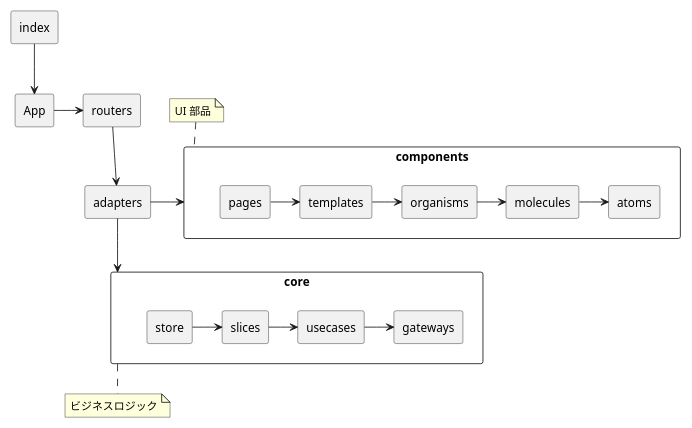
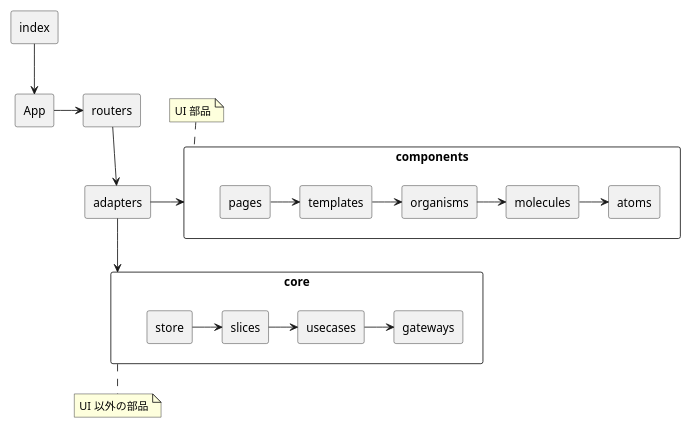
Before and after one commit to yamagame/react-typescript-starter-app: the second of 2 diagrams in docs/diagrams/src/architecture.plantuml, drawn with PlantUML. The commit also changed other lines of this file and 16 other files, not shown here.

```diff
--- a/docs/diagrams/src/architecture.plantuml
+++ b/docs/diagrams/src/architecture.plantuml
@@ -27,52 +28,52 @@
 @startuml dependencies
 ' title  React サンプルプロジェクト 依存関係図
 skinparam shadowing false
 scale 0.8
 ' scale 400 width
 
 skinparam packageStyle Rectangle
 
 rectangle index
 rectangle App
 rectangle routers
 rectangle adapters
 
 package components {
   rectangle pages
   rectangle organisms
   rectangle molecules
   rectangle atoms
   rectangle templates
 }
 
 package core {
   rectangle gateways
   rectangle slices
   rectangle store
   rectangle usecases
 }
 
 note top of components
   UI 部品
 end note
 
 index --> App
 App -> routers
 routers --> adapters
 pages -> templates
 organisms -> molecules
 molecules -> atoms
 templates -> organisms
 
 store -> slices
 slices -> usecases
 usecases -> gateways
 
 adapters -> components
 adapters --> core
 
 note bottom of core
-  ビジネスロジック
+  UI 以外の部品
 end note
 
 @enduml
```
